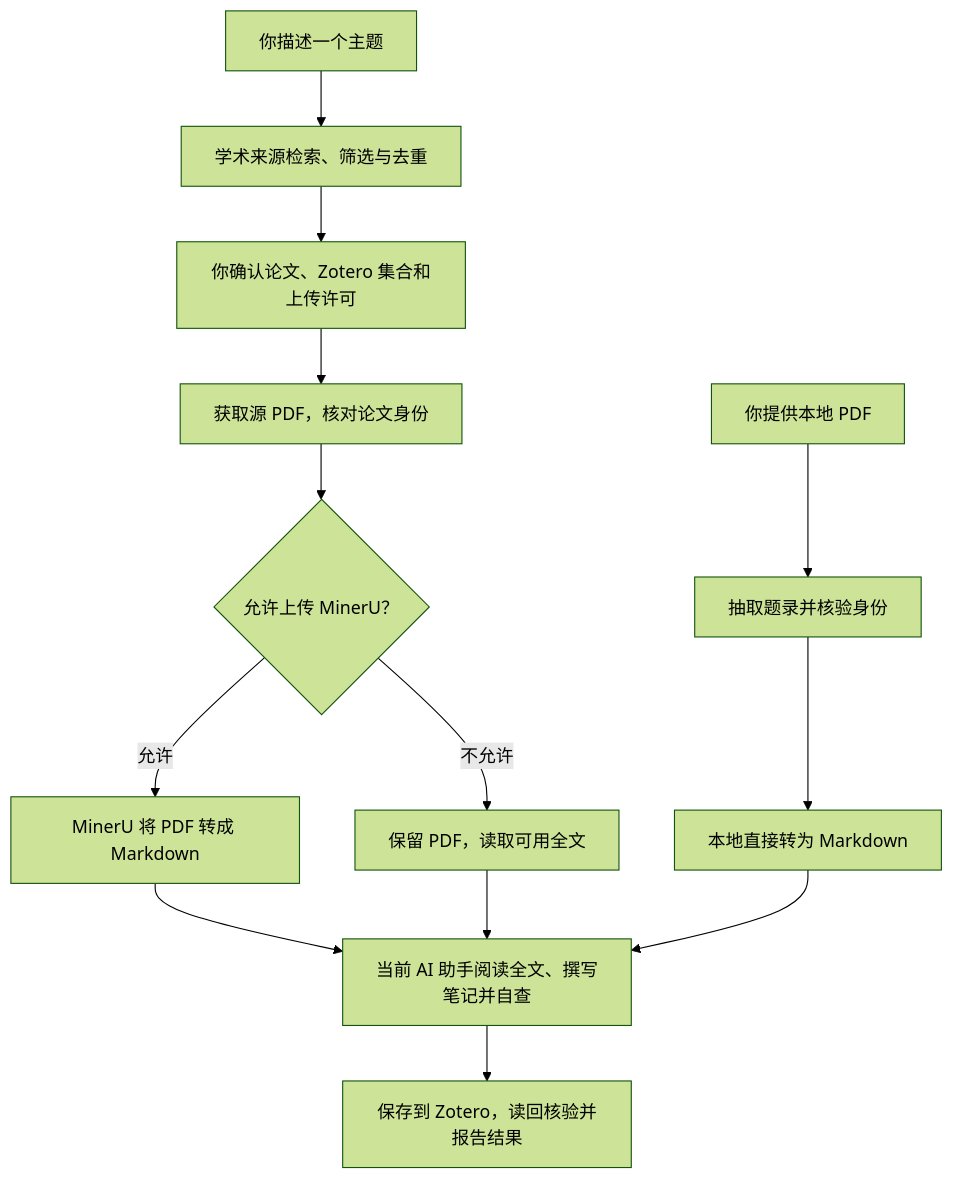
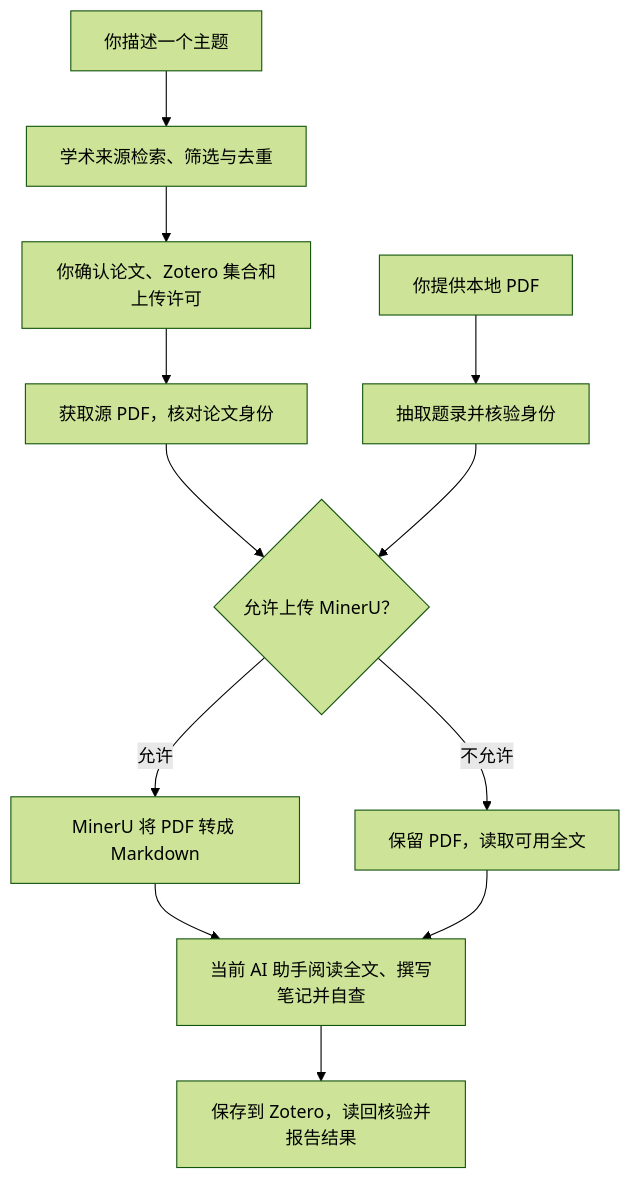
Before and after one commit to Timisic/paper2zotero-skill: the diagram in README.md, drawn with Mermaid (forest theme). The commit also changed other lines of this file and 17 other files, not shown here.

````diff
--- a/README.md
+++ b/README.md
@@ -36,15 +36,14 @@
 ```mermaid
 flowchart TD
     A[你描述一个主题] --> B[学术来源检索、筛选与去重]
     B --> C[你确认论文、Zotero 集合和上传许可]
     C --> D[获取源 PDF，核对论文身份]
     D --> E{允许上传 MinerU？}
     E -->|允许| F[MinerU 将 PDF 转成 Markdown]
     E -->|不允许| G[保留 PDF，读取可用全文]
     P[你提供本地 PDF] --> Q[抽取题录并核验身份]
-    Q --> R[本地直接转为 Markdown]
+    Q --> E
     F --> H[当前 AI 助手阅读全文、撰写笔记并自查]
     G --> H
-    R --> H
     H --> I[保存到 Zotero，读回核验并报告结果]
 ```
````
